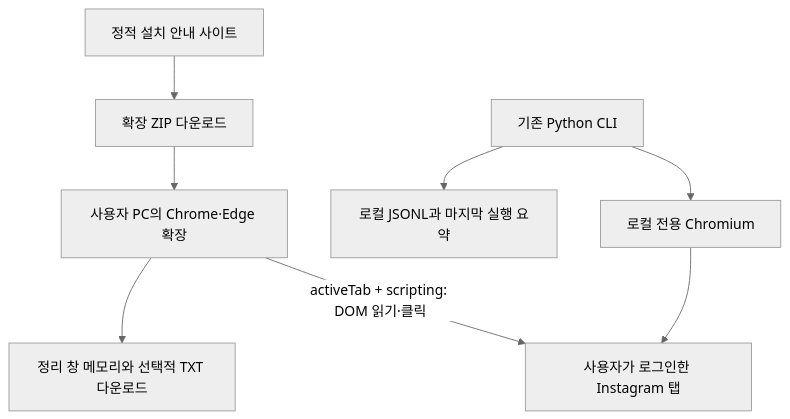
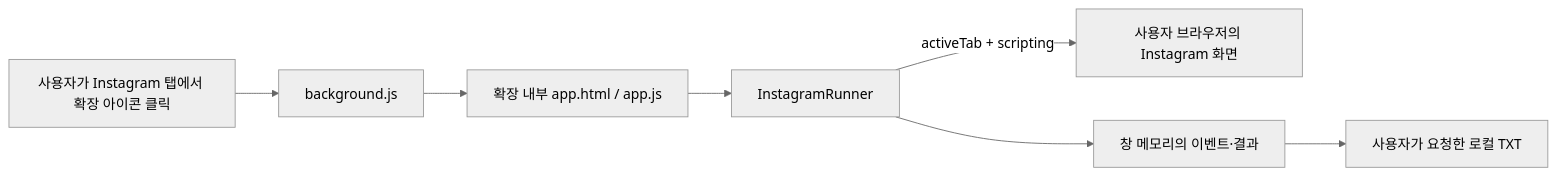
The diagram in DEVELOPMENT.md (ind2x/SavedCollectionClean), drawn with Mermaid (neutral theme) before and after one commit. The commit also changed other lines of this file and 11 other files, not shown here.

````diff
--- a/DEVELOPMENT.md
+++ b/DEVELOPMENT.md
@@ -18,10 +16,9 @@
 ```mermaid
-flowchart TD
-    SITE[정적 설치 안내 사이트] --> ZIP[확장 ZIP 다운로드]
-    ZIP --> EXT[사용자 PC의 Chrome·Edge 확장]
-    EXT -->|activeTab + scripting: DOM 읽기·클릭| IG[사용자가 로그인한 Instagram 탭]
-    EXT --> MEM[정리 창 메모리와 선택적 TXT 다운로드]
-    CLI[기존 Python CLI] --> PW[로컬 전용 Chromium]
-    PW --> IG
-    CLI --> LOG[로컬 JSONL과 마지막 실행 요약]
+flowchart LR
+    U[사용자가 Instagram 탭에서 확장 아이콘 클릭] --> BG[background.js]
+    BG --> APP[확장 내부 app.html / app.js]
+    APP --> RUN[InstagramRunner]
+    RUN -->|activeTab + scripting| IG[사용자 브라우저의 Instagram 화면]
+    RUN --> MEM[창 메모리의 이벤트·결과]
+    MEM --> TXT[사용자가 요청한 로컬 TXT]
 ```
````
